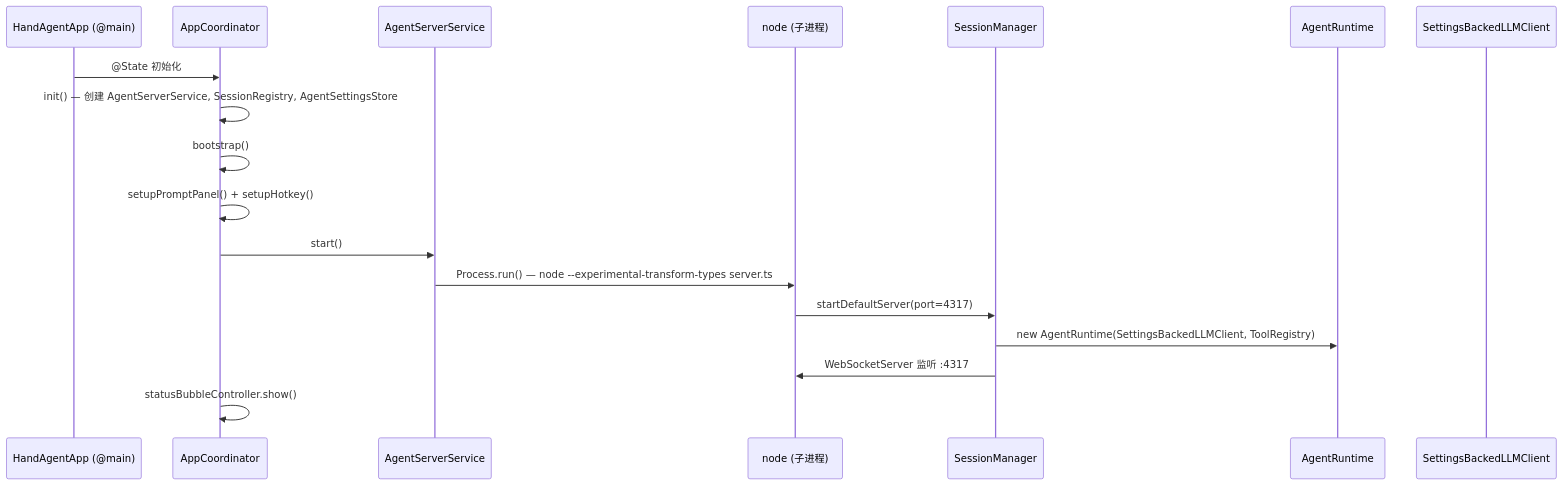
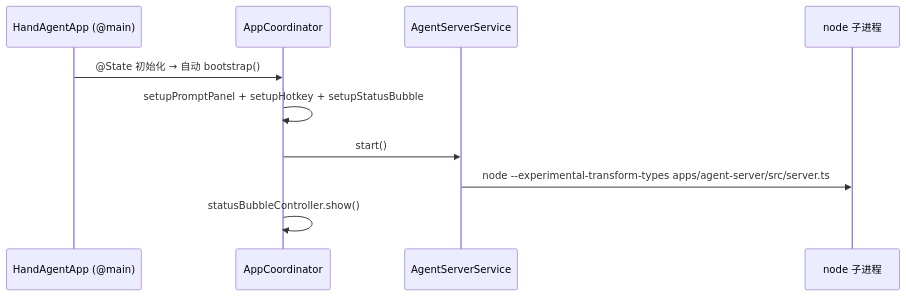
One commit to Lixuhang987/SpotAgent changed the first of 2 diagrams in apps/desktop/desktop.md. Above: the diagram before and after it, drawn with Mermaid. The commit also changed other lines of this file and 13 other files, not shown here.

````diff
--- a/apps/desktop/desktop.md
+++ b/apps/desktop/desktop.md
@@ -123,21 +68,13 @@
 ```mermaid
 sequenceDiagram
   participant App as HandAgentApp (@main)
   participant Coord as AppCoordinator
   participant Server as AgentServerService
-  participant Node as node (子进程)
-  participant SM as SessionManager
-  participant RT as AgentRuntime
-  participant LLM as SettingsBackedLLMClient
+  participant Node as node 子进程
 
-  App->>Coord: @State 初始化
-  Coord->>Coord: init() — 创建 AgentServerService, SessionRegistry, AgentSettingsStore
-  Coord->>Coord: bootstrap()
-  Coord->>Coord: setupPromptPanel() + setupHotkey()
+  App->>Coord: @State 初始化 → 自动 bootstrap()
+  Coord->>Coord: setupPromptPanel + setupHotkey + setupStatusBubble
   Coord->>Server: start()
-  Server->>Node: Process.run() — node --experimental-transform-types server.ts
-  Node->>SM: startDefaultServer(port=4317)
-  SM->>RT: new AgentRuntime(SettingsBackedLLMClient, ToolRegistry)
-  SM->>Node: WebSocketServer 监听 :4317
+  Server->>Node: node --experimental-transform-types apps/agent-server/src/server.ts
   Coord->>Coord: statusBubbleController.show()
 ```
````
